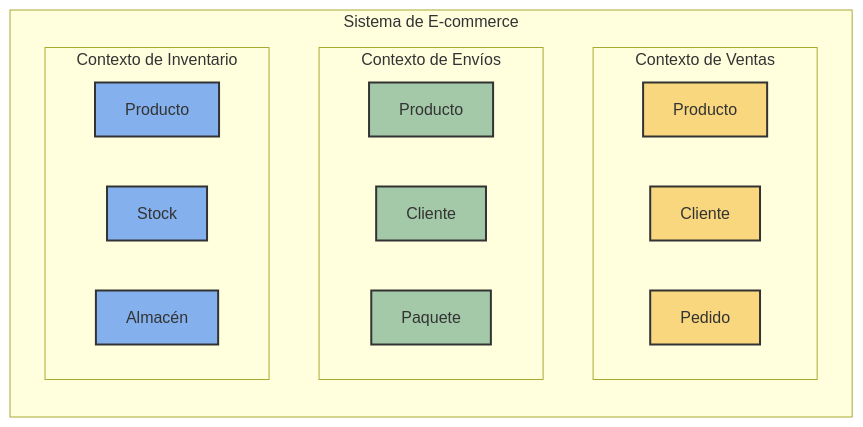
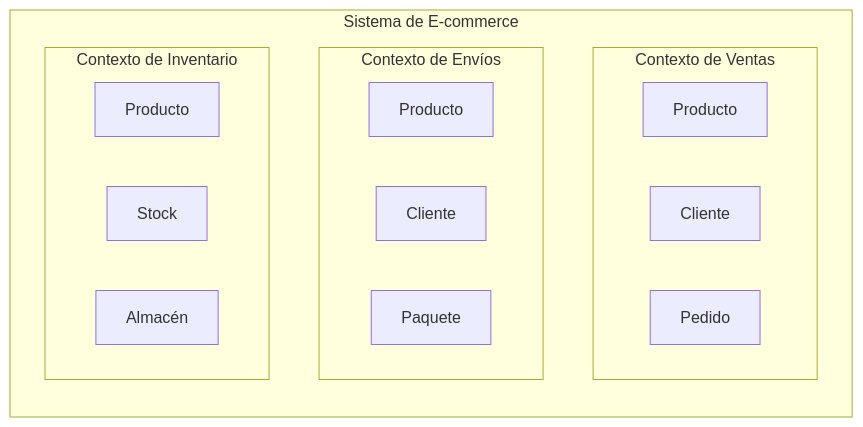
Before and after one commit to aialphanovatide/software-architecture-guide: the first of 11 diagrams in docs/ddd/bounded-contexts.md, drawn with Mermaid. The commit also changed other lines of this file and 8 other files, not shown here.

````diff
--- a/docs/ddd/bounded-contexts.md
+++ b/docs/ddd/bounded-contexts.md
@@ -15,34 +15,22 @@
 ```mermaid
 graph LR
     subgraph "Sistema de E-commerce"
         subgraph "Contexto de Ventas"
             V1[Producto]
             V2[Cliente]
             V3[Pedido]
         end
         
         subgraph "Contexto de Envíos"
             E1[Producto]
             E2[Cliente]
             E3[Paquete]
         end
         
         subgraph "Contexto de Inventario"
             I1[Producto]
             I2[Stock]
             I3[Almacén]
         end
     end
-    
-    style V1 fill:#f9d77e,stroke:#333,stroke-width:2px
-    style V2 fill:#f9d77e,stroke:#333,stroke-width:2px
-    style V3 fill:#f9d77e,stroke:#333,stroke-width:2px
-    
-    style E1 fill:#a3c9a8,stroke:#333,stroke-width:2px
-    style E2 fill:#a3c9a8,stroke:#333,stroke-width:2px
-    style E3 fill:#a3c9a8,stroke:#333,stroke-width:2px
-    
-    style I1 fill:#84b1ed,stroke:#333,stroke-width:2px
-    style I2 fill:#84b1ed,stroke:#333,stroke-width:2px
-    style I3 fill:#84b1ed,stroke:#333,stroke-width:2px
 ```
````
